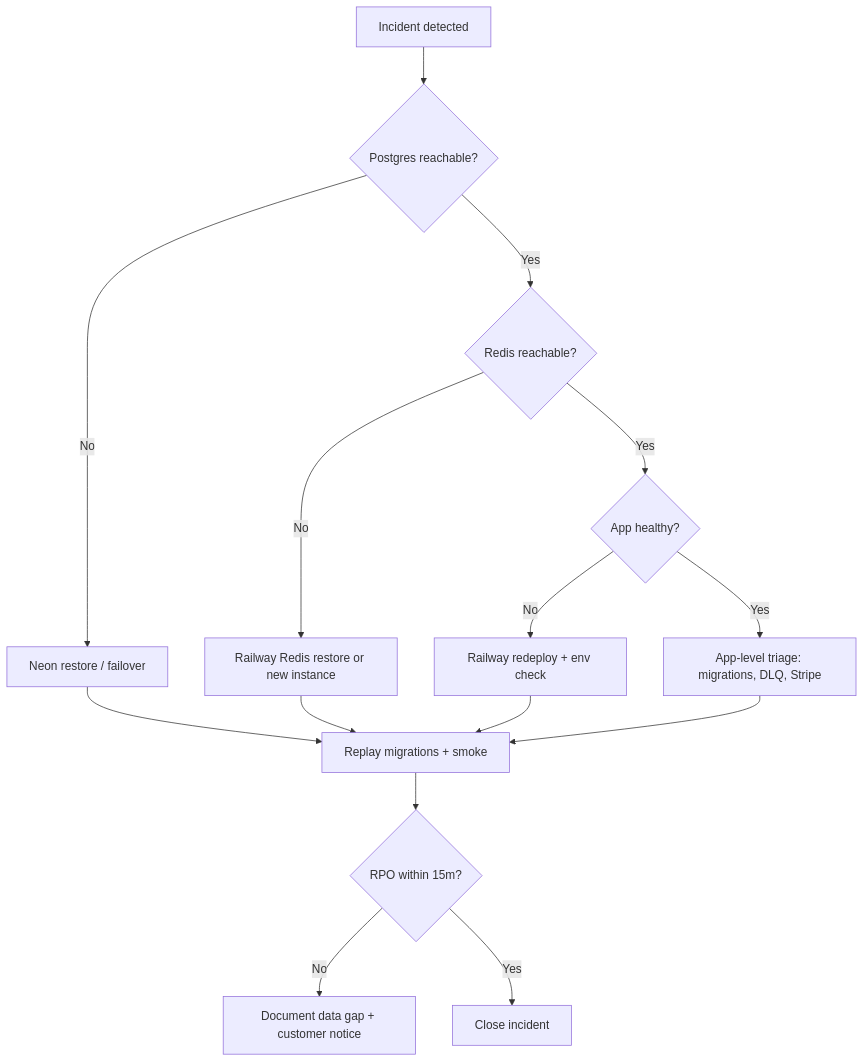
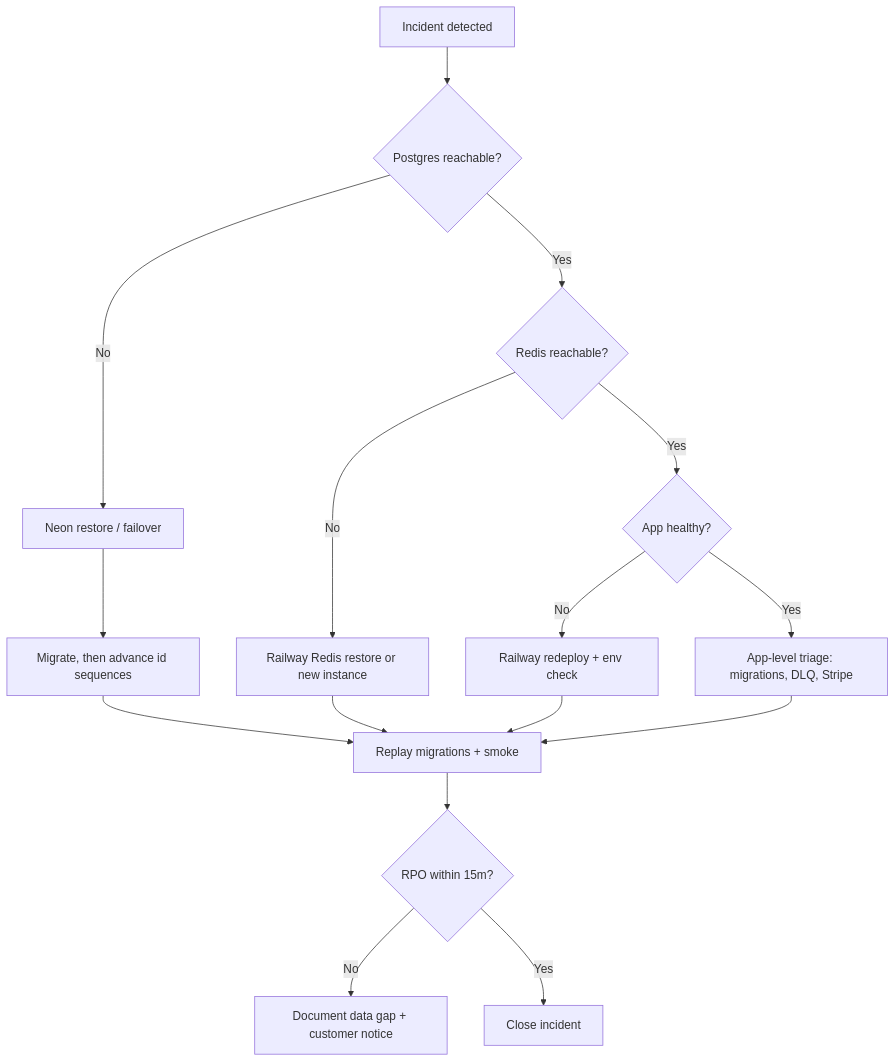
The diagram in docs/process/dr-runbook.md (albetrios/clinozy-be), drawn with Mermaid before and after one commit. The commit also changed other lines of this file and 1 other file, not shown here.

First line of the commit message:
docs(dr): advance the id sequences after a Postgres restore

````diff
--- a/docs/process/dr-runbook.md
+++ b/docs/process/dr-runbook.md
@@ -34,17 +34,18 @@
 ```mermaid
 flowchart TD
   A[Incident detected] --> B{Postgres reachable?}
   B -->|No| C[Neon restore / failover]
   B -->|Yes| D{Redis reachable?}
   D -->|No| E[Railway Redis restore or new instance]
   D -->|Yes| F{App healthy?}
   F -->|No| G[Railway redeploy + env check]
   F -->|Yes| H[App-level triage: migrations, DLQ, Stripe]
-  C --> I[Replay migrations + smoke]
+  C --> S[Migrate, then advance id sequences]
+  S --> I[Replay migrations + smoke]
   E --> I
   G --> I
   H --> I
   I --> J{RPO within 15m?}
   J -->|No| K[Document data gap + customer notice]
   J -->|Yes| L[Close incident]
 ```
````
